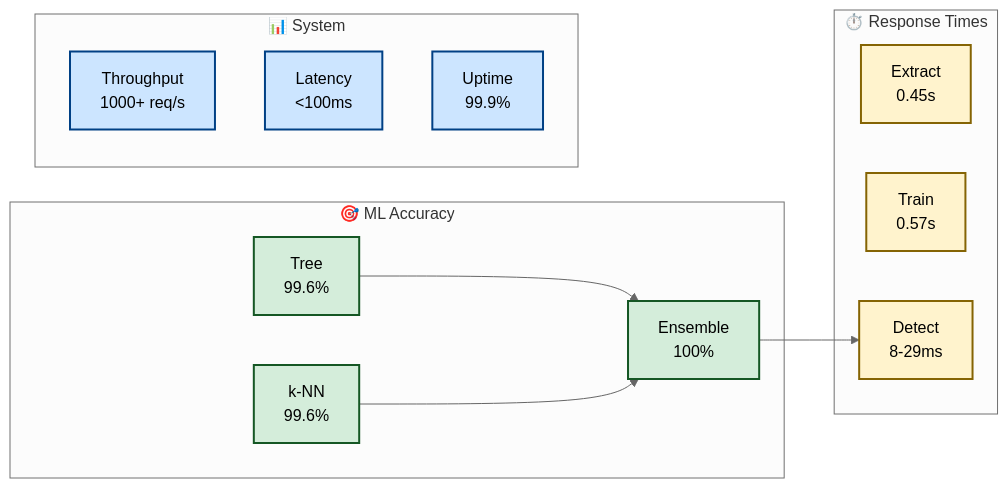
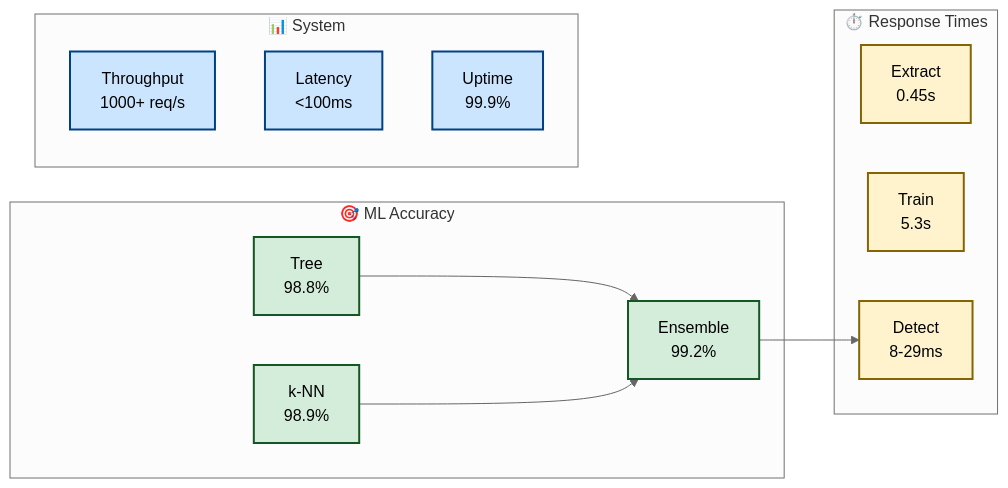
One commit to holdennguyen/suricata-ml-ids changed the first of 5 diagrams in README.md. Above: the diagram before and after it, drawn with Mermaid (neutral theme). The commit also changed other lines of this file and 5 other files, not shown here.

````diff
--- a/README.md
+++ b/README.md
@@ -57,32 +57,32 @@
 ```mermaid
 flowchart LR
     subgraph ACCURACY ["🎯 ML Accuracy"]
-        DT[Tree<br/>99.6%]
-        KNN[k-NN<br/>99.6%]
-        ENS[Ensemble<br/>100%]
+        DT[Tree<br/>98.8%]
+        KNN[k-NN<br/>98.9%]
+        ENS[Ensemble<br/>99.2%]
     end
     
     subgraph TIMING ["⏱️ Response Times"]
         FE_TIME[Extract<br/>0.45s]
-        ML_TIME[Train<br/>0.57s]
+        ML_TIME[Train<br/>5.3s]
         RT_TIME[Detect<br/>8-29ms]
     end
     
     subgraph SYSTEM ["📊 System"]
         THROUGHPUT[Throughput<br/>1000+ req/s]
         LATENCY[Latency<br/><100ms]
         UPTIME[Uptime<br/>99.9%]
     end
     
     DT --> ENS
     KNN --> ENS
     ENS --> RT_TIME
     
     classDef accuracy fill:#d4edda,stroke:#155724,stroke-width:2px
     classDef timing fill:#fff3cd,stroke:#856404,stroke-width:2px
     classDef system fill:#cce5ff,stroke:#004085,stroke-width:2px
     
     class DT,KNN,ENS accuracy
     class FE_TIME,ML_TIME,RT_TIME timing
     class THROUGHPUT,LATENCY,UPTIME system
 ```
````
